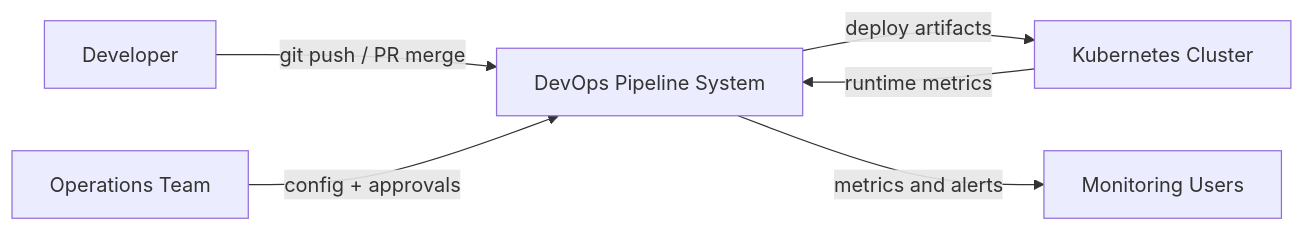
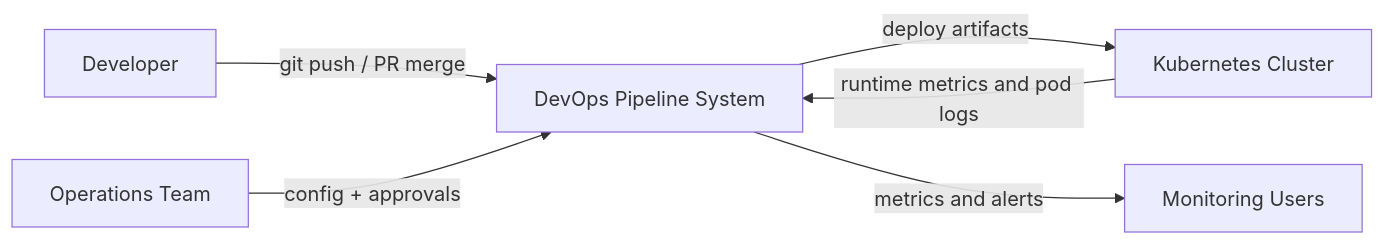
The first of 3 diagrams in docs/devops-architecture.md (harshchauhan01/SlugTerraAPI), drawn with Mermaid before and after one commit. The commit also changed other lines of this file and 3 other files, not shown here.

````diff
--- a/docs/devops-architecture.md
+++ b/docs/devops-architecture.md
@@ -14,8 +14,8 @@
 ```mermaid
 flowchart LR
     Dev[Developer] -->|git push / PR merge| Pipeline[DevOps Pipeline System]
     Ops[Operations Team] -->|config + approvals| Pipeline
     Pipeline -->|deploy artifacts| K8s[Kubernetes Cluster]
     Pipeline -->|metrics and alerts| MonUsers[Monitoring Users]
-    K8s -->|runtime metrics| Pipeline
+    K8s -->|runtime metrics and pod logs| Pipeline
 ```
````
